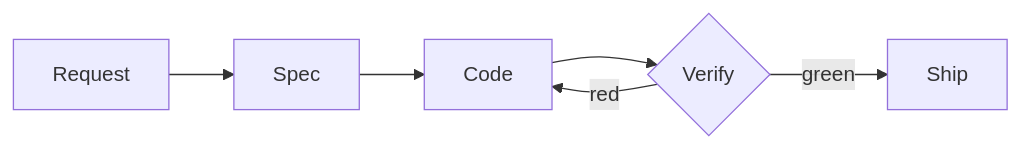
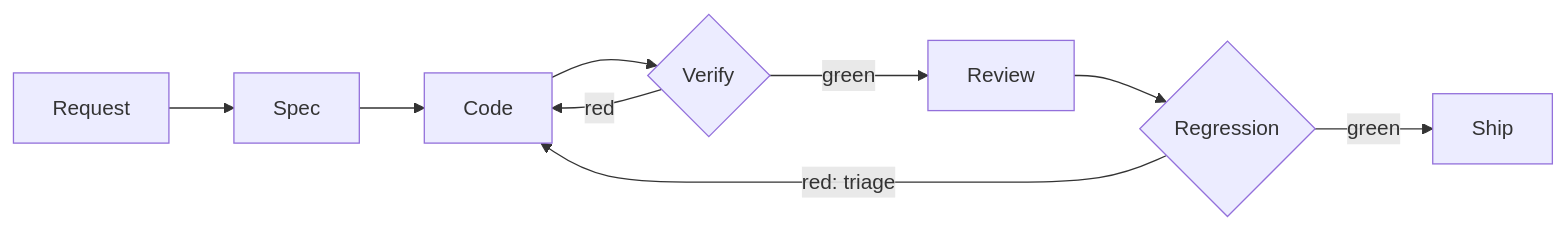
One commit to AIDDbot/AIDDbot changed the diagram in docs/engineering/features.md. Above: the diagram before and after it, drawn with Mermaid. The commit also changed other lines of this file and 9 other files, not shown here.

````diff
--- a/docs/engineering/features.md
+++ b/docs/engineering/features.md
@@ -5,6 +5,8 @@
 ```mermaid
 flowchart LR
     Q[Request] --> S[Spec] --> C[Code] --> V{Verify}
     V -->|red| C
-    V -->|green| SH[Ship]
+    V -->|green| RV[Review] --> RG{Regression}
+    RG -->|red: triage| C
+    RG -->|green| SH[Ship]
 ```
````
